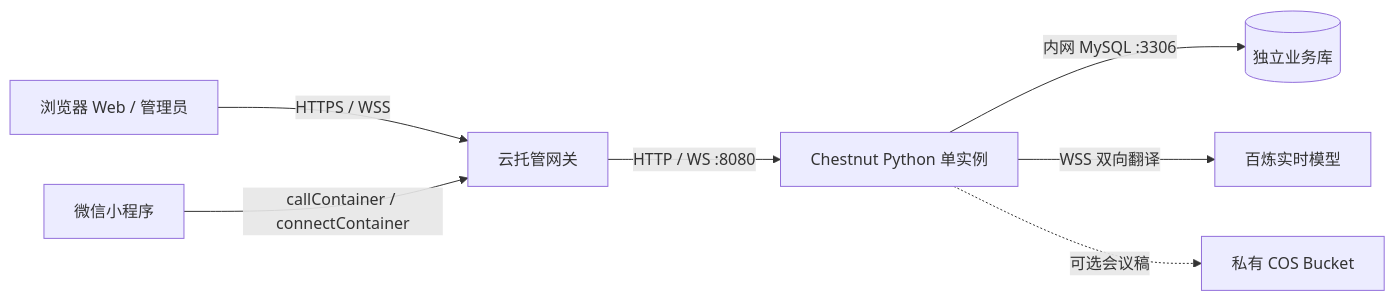
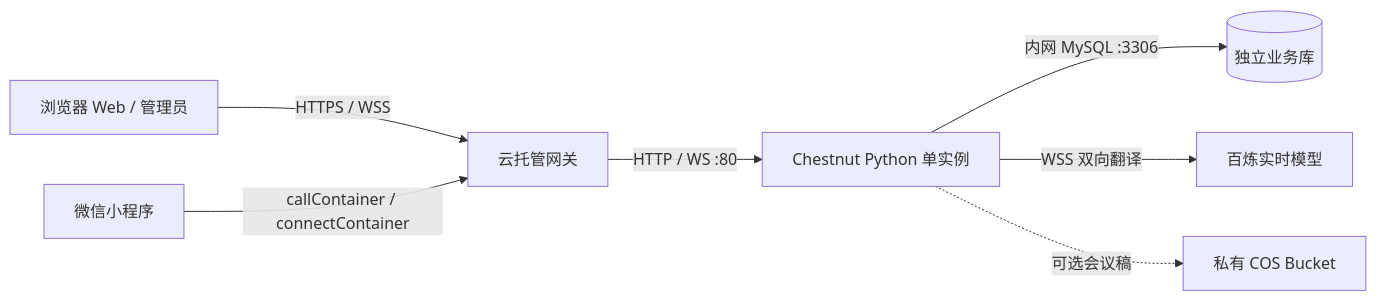
The diagram in docs/CLOUD_DEPLOYMENT.md (lc-Arvin/chestnut-product), drawn with Mermaid before and after one commit. The commit also changed other lines of this file and 5 other files, not shown here.

````diff
--- a/docs/CLOUD_DEPLOYMENT.md
+++ b/docs/CLOUD_DEPLOYMENT.md
@@ -9,9 +9,9 @@
 ```mermaid
 flowchart LR
     Web[浏览器 Web / 管理员] -->|HTTPS / WSS| Gateway[云托管网关]
     Mini[微信小程序] -->|callContainer / connectContainer| Gateway
-    Gateway -->|HTTP / WS :8080| App[Chestnut Python 单实例]
+    Gateway -->|HTTP / WS :80| App[Chestnut Python 单实例]
     App -->|内网 MySQL :3306| DB[(独立业务库)]
     App -->|WSS 双向翻译| Bailian[百炼实时模型]
     App -.可选会议稿.-> COS[私有 COS Bucket]
 ```
````
